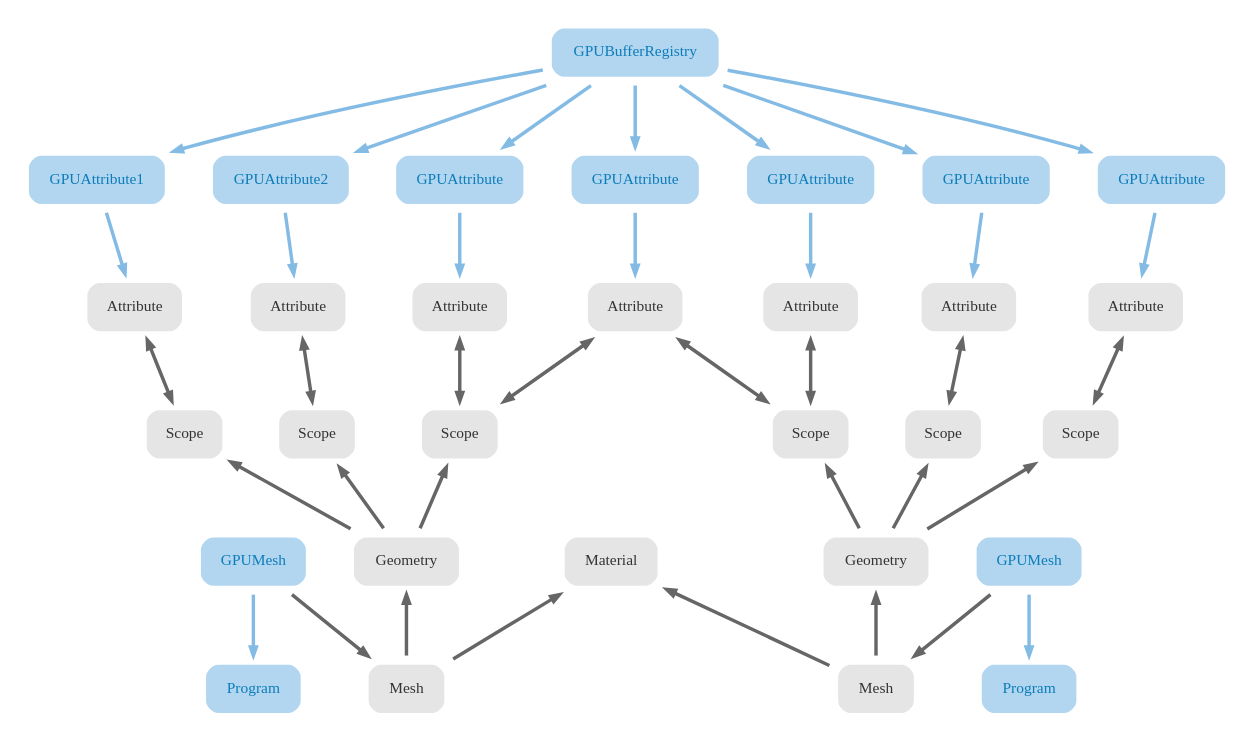
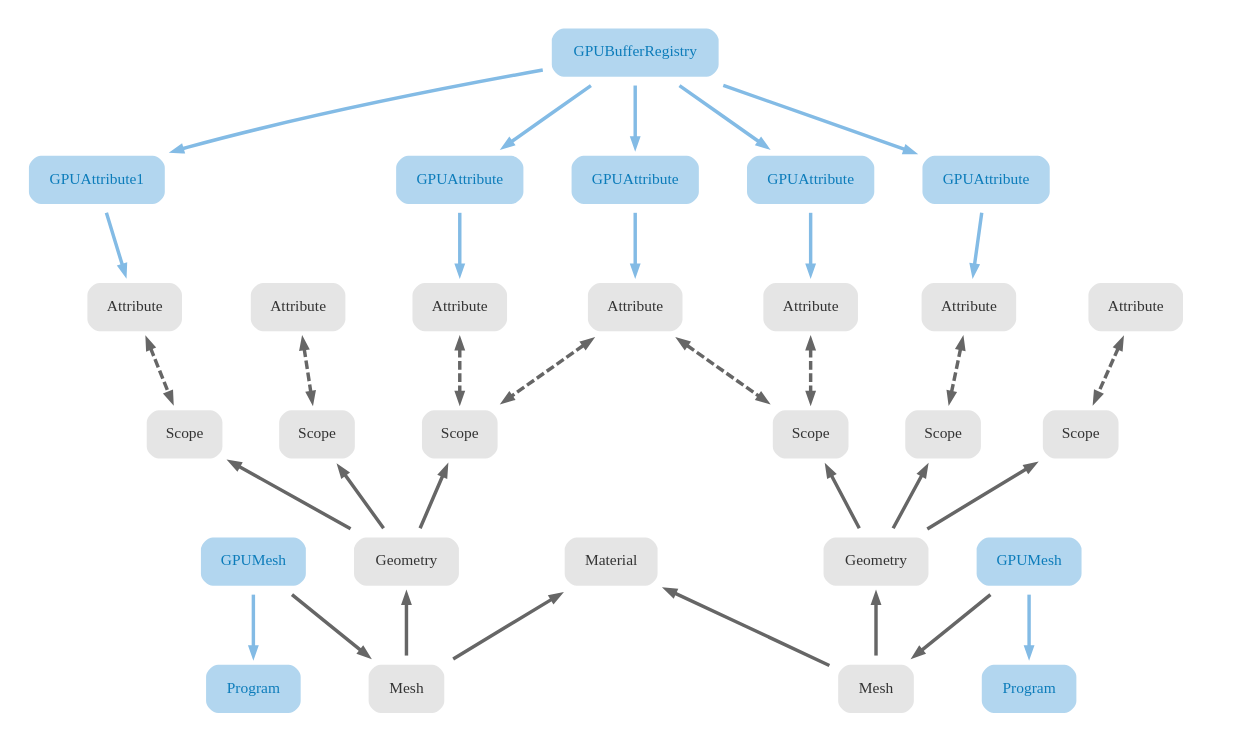
Before and after one commit to enso-org/basegl-old: the diagram in docs/architecture.dot, drawn with Graphviz. The commit also changed 1 other file, not shown here.

```diff
--- a/docs/architecture.dot
+++ b/docs/architecture.dot
@@ -1,101 +1,101 @@
 digraph G {
 
   node  [style="rounded,filled" shape=box fillcolor="#e5e5e5" fontcolor="#333333" color=white penwidth=10 margin=0.2]
   graph [fontname="QuickSand" fontsize=9 outputorder="nodesfirst"];
   node  [fontname="QuickSand" fontsize=9 pin=true];
   edge  [fontname="QuickSand" fontsize=9 arrowsize=.5, penwidth=2, color="#666666"];
   
   
   attr1 [label="Attribute" pos="1.0,5.0!"]
   attr2 [label="Attribute" pos="2.2,5.0!"]
   attr3 [label="Attribute" pos="3.4,5.0!"]
   attr4 [label="Attribute" pos="4.6,5.0!"]
   attr5 [label="Attribute" pos="5.8,5.0!"]
   attr6 [label="Attribute" pos="7.0,5.0!"]
   attr7 [label="Attribute" pos="8.2,5.0!"]
   
   subgraph GPU {
       node [fillcolor="#b2d6ef" fontcolor="#0c7cba"]
       edge [color="#83bbe5"]
       
       bufferRegistry [label="GPUBufferRegistry" pos="4.6,7.0!"]
       gpuAttr1 [label="GPUAttribute1" pos="1.0,6.0!"]
-      gpuAttr2 [label="GPUAttribute2" pos="2.2,6.0!"]
+      gpuAttr2 [label="GPUAttribute2" pos="2.2,6.0!"] [style=invis]
       gpuAttr3 [label="GPUAttribute"  pos="3.4,6.0!"]
       gpuAttr4 [label="GPUAttribute"  pos="4.6,6.0!"]
       gpuAttr5 [label="GPUAttribute"  pos="5.8,6.0!"]
       gpuAttr6 [label="GPUAttribute"  pos="7.0,6.0!"]
-      gpuAttr7 [label="GPUAttribute"  pos="8.2,6.0!"]
+      gpuAttr7 [label="GPUAttribute"  pos="8.2,6.0!"] [style=invis]
       
       prog1 [label="Program", pos="3.4,2.0!"]
       prog2 [label="Program", pos="5.8,2.0!"]
       
       gpuMesh1 [label="GPUMesh", pos="2.75,1.0!"]
       gpuMesh2 [label="GPUMesh", pos="6.45,1.0!"]
       
       bufferRegistry -> gpuAttr1
-      bufferRegistry -> gpuAttr2
+      bufferRegistry -> gpuAttr2 [style=invis]
       bufferRegistry -> gpuAttr3
       bufferRegistry -> gpuAttr4
       bufferRegistry -> gpuAttr5
       bufferRegistry -> gpuAttr6
-      bufferRegistry -> gpuAttr7
+      bufferRegistry -> gpuAttr7 [style=invis]
       
       gpuAttr1 -> attr1
-      gpuAttr2 -> attr2
+      gpuAttr2 -> attr2 [style=invis]
       gpuAttr3 -> attr3
       gpuAttr4 -> attr4
       gpuAttr5 -> attr5
       gpuAttr6 -> attr6
-      gpuAttr7 -> attr7
+      gpuAttr7 -> attr7 [style=invis]
       
       gpuMesh1 -> prog1
       gpuMesh2 -> prog2
   }
   
   
   scope1 [label="Scope" pos="1.0,4.0!"]
   scope2 [label="Scope" pos="2.2,4.0!"]
   scope3 [label="Scope" pos="3.4,4.0!"]
   scope4 [label="Scope" pos="5.8,4.0!"]
   scope5 [label="Scope" pos="7.0,4.0!"]
   scope6 [label="Scope" pos="8.2,4.0!"]
   
   geo1 [label="Geometry" pos="2.2,3.0!"]
   geo2 [label="Geometry" pos="7.0,3.0!"]
   
   mesh1 [label="Mesh" pos="2.2,2.0!"]
   mesh2 [label="Mesh" pos="7.0,2.0!"]
   
   mat [label="Material", pos="4.6,3.0!"]
 
   
   gpuMesh1 -> mesh1
   gpuMesh2 -> mesh2
   
 
   
-  attr1 -> scope1 [dir=both]
-  attr2 -> scope2 [dir=both]
-  attr3 -> scope3 [dir=both]
-  attr4 -> scope3 [dir=both]
-  attr4 -> scope4 [dir=both]
-  attr5 -> scope4 [dir=both]
-  attr6 -> scope5 [dir=both]
-  attr7 -> scope6 [dir=both]
+  attr1 -> scope1 [dir=both style=dashed]
+  attr2 -> scope2 [dir=both style=dashed]
+  attr3 -> scope3 [dir=both style=dashed]
+  attr4 -> scope3 [dir=both style=dashed]
+  attr4 -> scope4 [dir=both style=dashed]
+  attr5 -> scope4 [dir=both style=dashed]
+  attr6 -> scope5 [dir=both style=dashed]
+  attr7 -> scope6 [dir=both style=dashed]
   
   scope1 -> geo1 [dir=back]
   scope2 -> geo1 [dir=back]
   scope3 -> geo1 [dir=back]
   
   scope4 -> geo2 [dir=back]
   scope5 -> geo2 [dir=back]
   scope6 -> geo2 [dir=back]
   
   geo1 -> mesh1 [dir=back]
   geo2 -> mesh2 [dir=back]
   
   mat -> mesh1 [dir=back]
   mat -> mesh2 [dir=back]
   
 }
```
